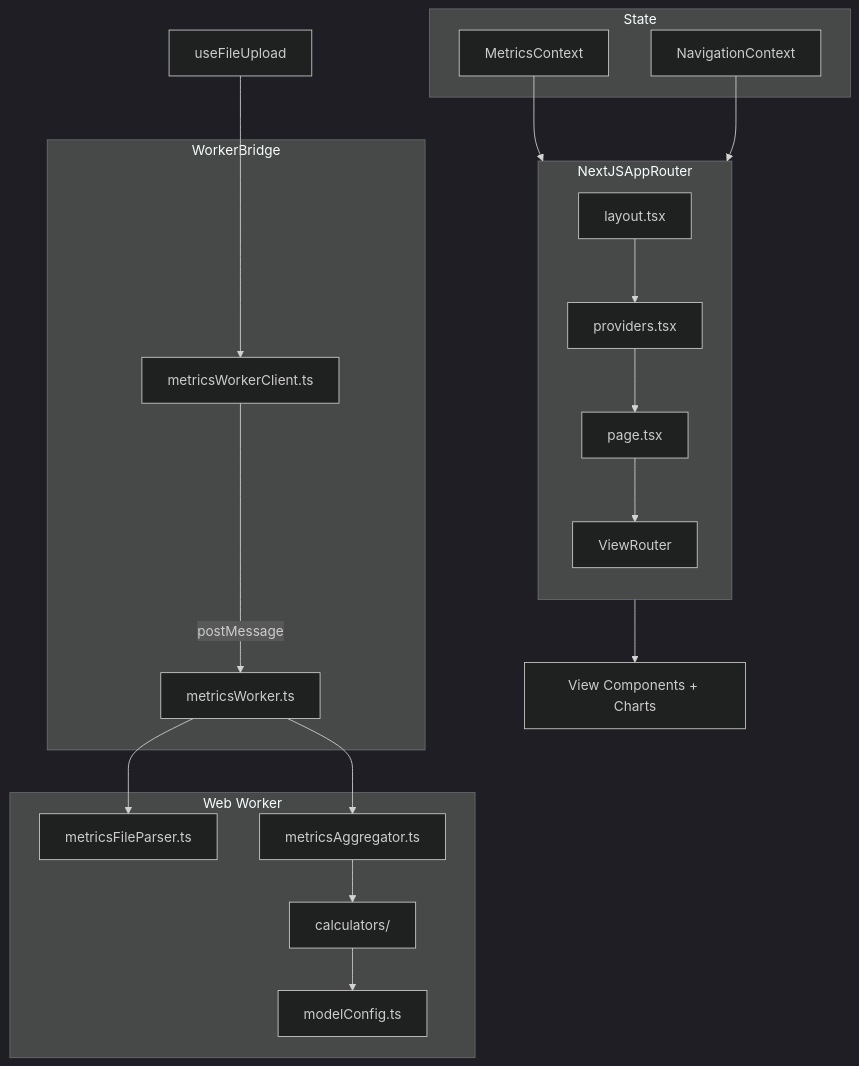
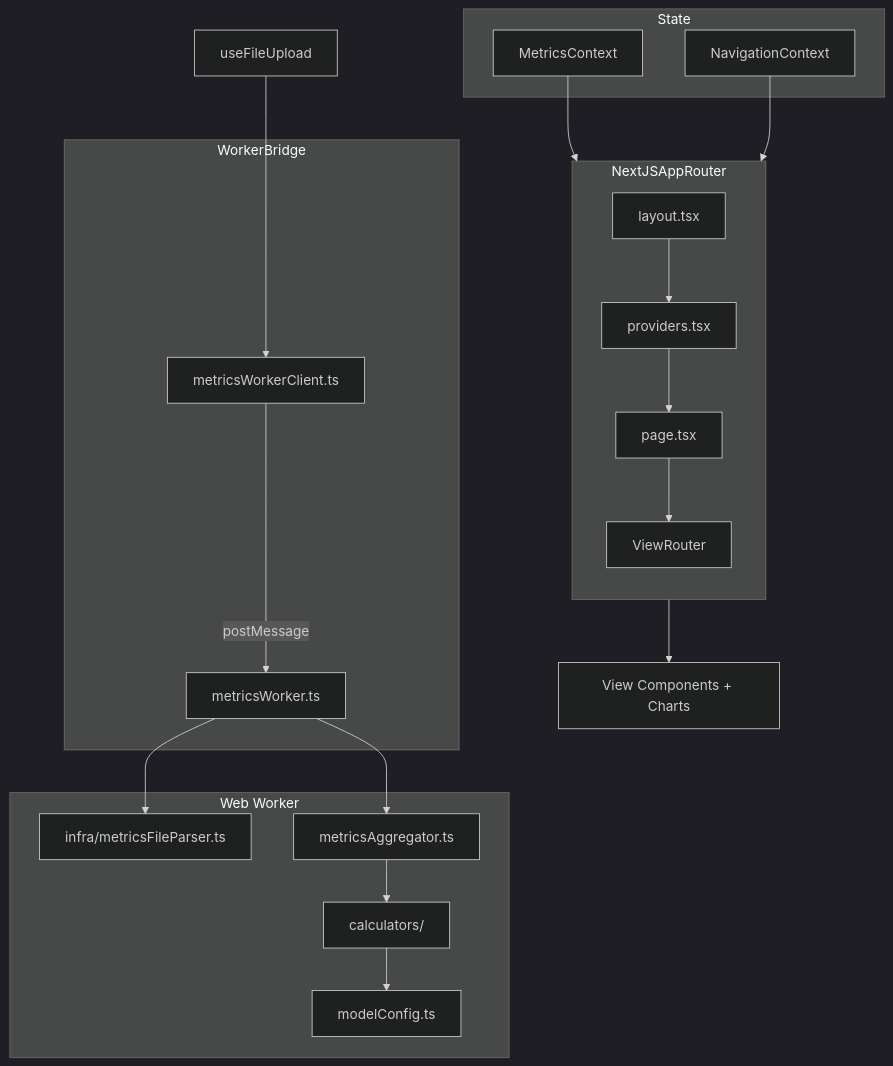
The second of 2 diagrams in docs/project-overview.md (asizikov-demos/copilot-user-level-statistics-viewer), drawn with Mermaid (dark theme) before and after one commit. The commit also changed other lines of this file and 7 other files, not shown here.

````diff
--- a/docs/project-overview.md
+++ b/docs/project-overview.md
@@ -99,38 +100,38 @@
 ```mermaid
 flowchart TB
 	subgraph NextJSAppRouter
 		direction TB
 		L[layout.tsx] --> P[providers.tsx]
 		P --> H[page.tsx]
 		H --> VR[ViewRouter]
 	end
 
 	subgraph State
 		MC[MetricsContext]
 		NC[NavigationContext]
 	end
 
 	subgraph WebWorker[Web Worker]
-		MFP[metricsFileParser.ts]
+		MFP[infra/metricsFileParser.ts]
 		MA[metricsAggregator.ts]
 		CALC[calculators/]
 		MConf[modelConfig.ts]
 	end
 
 	subgraph WorkerBridge
 		WC[metricsWorkerClient.ts]
 		WT[metricsWorker.ts]
 	end
 
 	VR --> Views[View Components + Charts]
 
 	UFU[useFileUpload] --> WC
 	WC -->|postMessage| WT
 	WT --> MFP
 	WT --> MA
 	MA --> CALC
 	CALC --> MConf
 
 	MC --> VR
 	NC --> VR
 ```
````
